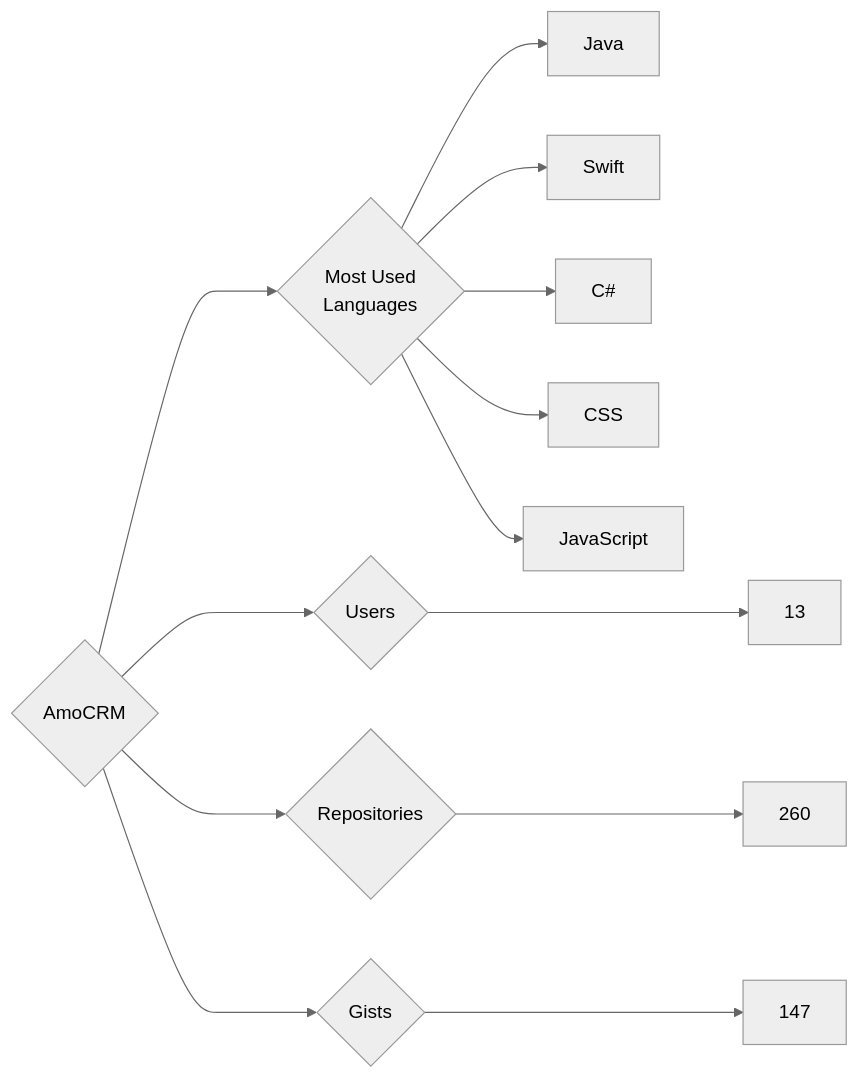
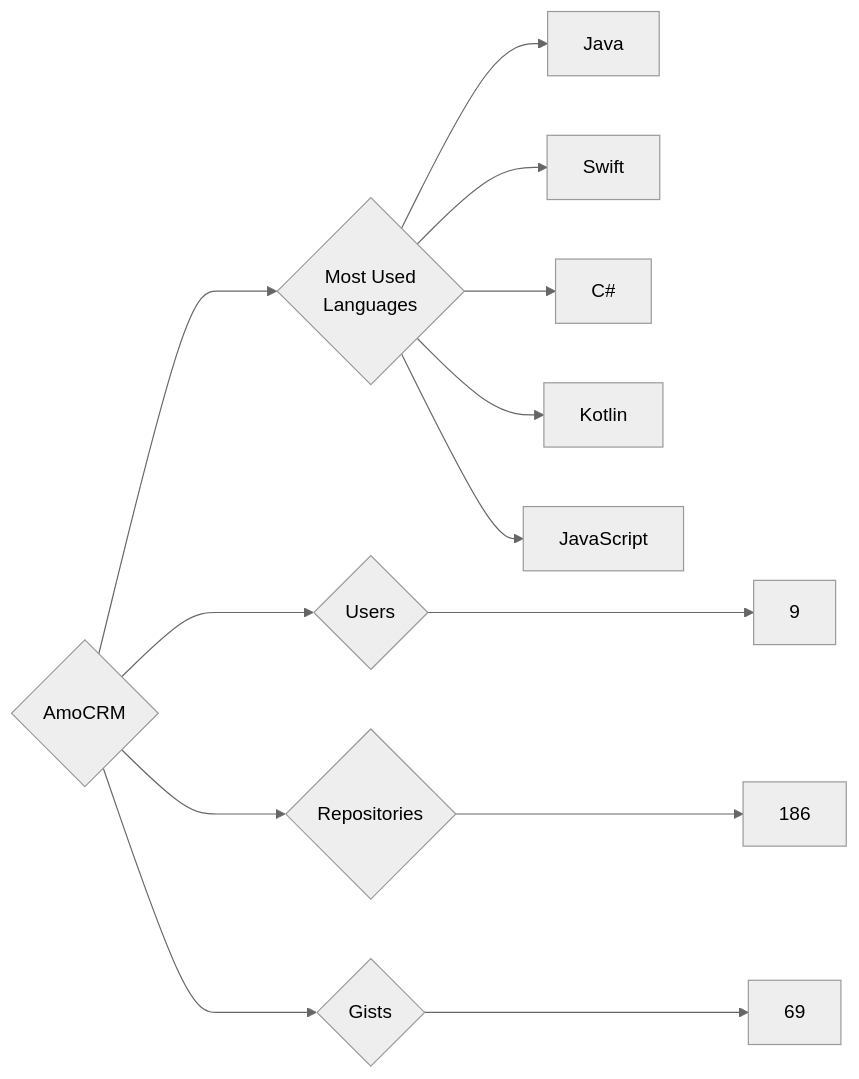
Before and after one commit to trickest/insiders: the diagram in targets/AmoCRM/README.md, drawn with Mermaid (neutral theme). The commit also changed 1238 other files, not shown here.

````diff
--- a/targets/AmoCRM/README.md
+++ b/targets/AmoCRM/README.md
@@ -3,13 +3,13 @@
 ```mermaid
 graph LR
 COMPANY_NAME{AmoCRM}
-COMPANY_NAME ---> U{Users} ---> UN[13]
-COMPANY_NAME ---> R{Repositories} ---> RN[260]
-COMPANY_NAME ---> G{Gists} ---> GN[147]
+COMPANY_NAME ---> U{Users} ---> UN[9]
+COMPANY_NAME ---> R{Repositories} ---> RN[186]
+COMPANY_NAME ---> G{Gists} ---> GN[69]
 COMPANY_NAME ---> ML{Most Used<br>Languages}
 ML --> Java[Java]
 ML --> Swift[Swift]
 ML --> C#[C#]
-ML --> CSS[CSS]
+ML --> Kotlin[Kotlin]
 ML --> JavaScript[JavaScript]
 ```
````
